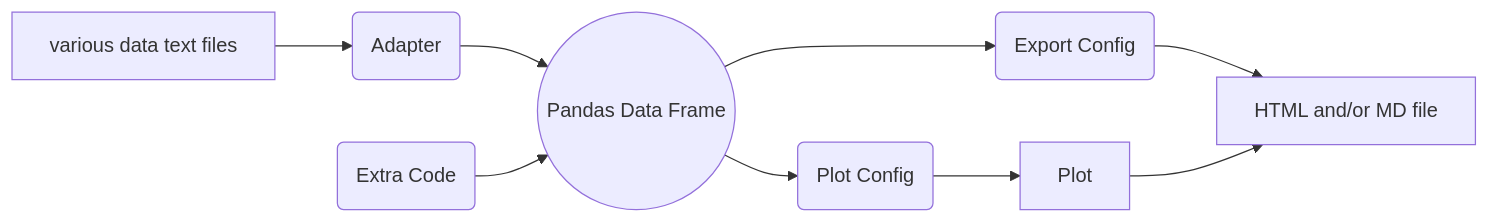
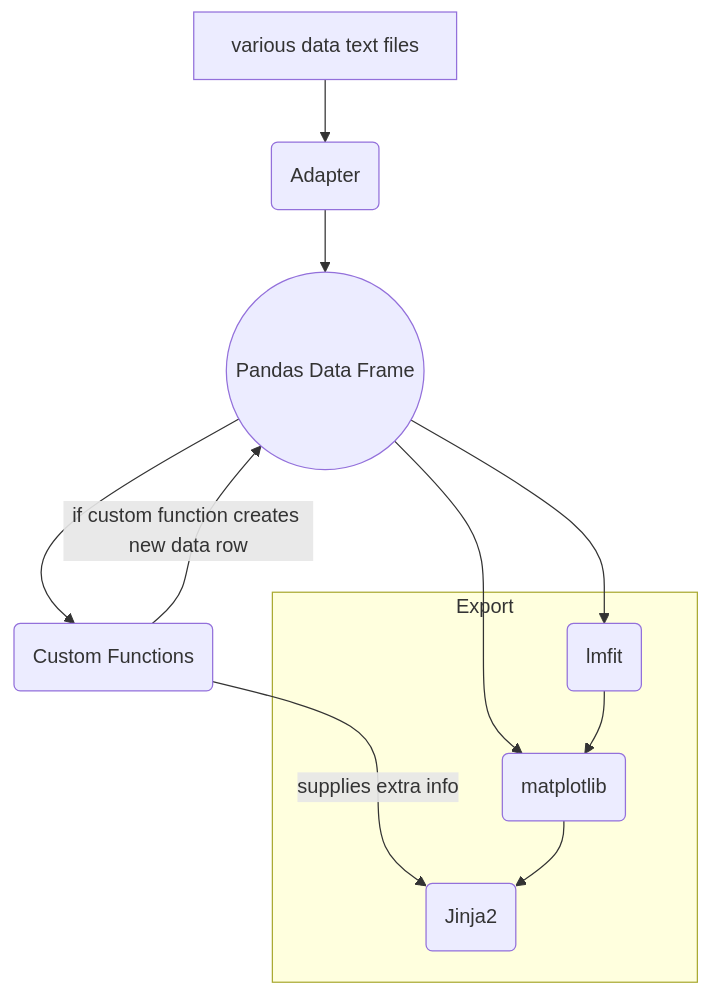
One commit to nicoeinsidler/pigor2 changed the diagram in docs/structure.rst. Above: the diagram before and after it, drawn with Mermaid. The commit also changed other lines of this file, not shown here.

```diff
--- a/docs/structure.rst
+++ b/docs/structure.rst
@@ -6,11 +9,14 @@
 .. mermaid::
 
-    graph LR
+    graph TB
         files[various data text files] --> adapter("Adapter")
         adapter --> pddf(("Pandas Data Frame"))
-        extra("Extra Code") --> pddf
-        pddf --> pconf("Plot Config")
-        pddf --> econf("Export Config")
-        pconf --> plot["Plot"]
-        econf --> html
-        plot --> html["HTML and/or MD file"]
+        pddf --> cf("Custom Functions")
+        cf -->|if custom function creates new data row| pddf
+        pddf --> fit("lmfit")
+        pddf --> plot
+        cf -->|supplies extra info| export
+        subgraph Export
+        fit --> plot("matplotlib")
+        plot --> export("Jinja2")
+        end
```
